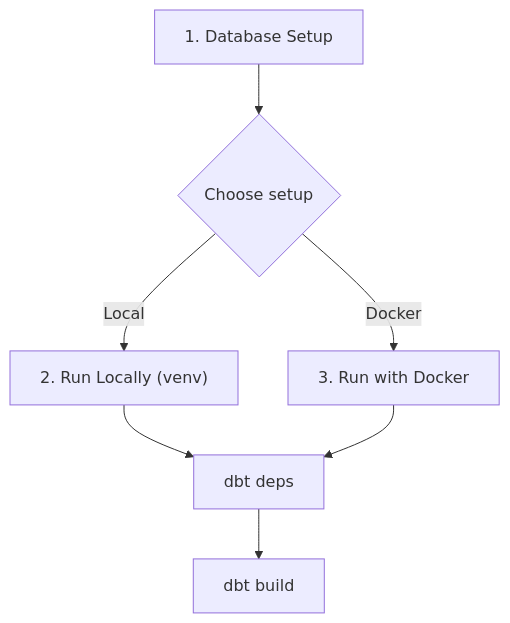
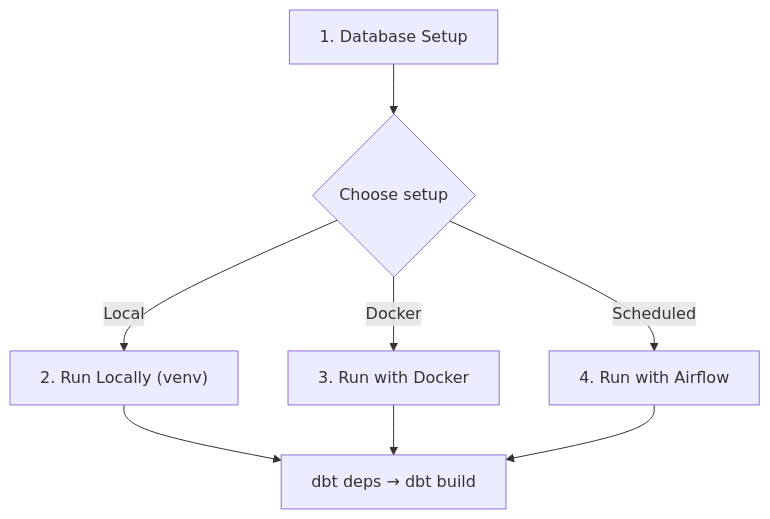
Before and after one commit to DerianCampos/e-commerce-data-models-dbt: the second of 2 diagrams in README.md, drawn with Mermaid. The commit also changed other lines of this file, not shown here.

````diff
--- a/README.md
+++ b/README.md
@@ -67,9 +74,10 @@
 ```mermaid
 flowchart TD
     A["1. Database Setup"] --> B{"Choose setup"}
     B -- Local --> C["2. Run Locally (venv)"]
     B -- Docker --> D["3. Run with Docker"]
-    C --> E["dbt deps"]
-    D --> E
-    E --> F["dbt build"]
+    B -- Scheduled --> E["4. Run with Airflow"]
+    C --> G["dbt deps → dbt build"]
+    D --> G
+    E --> G
 ```
````
